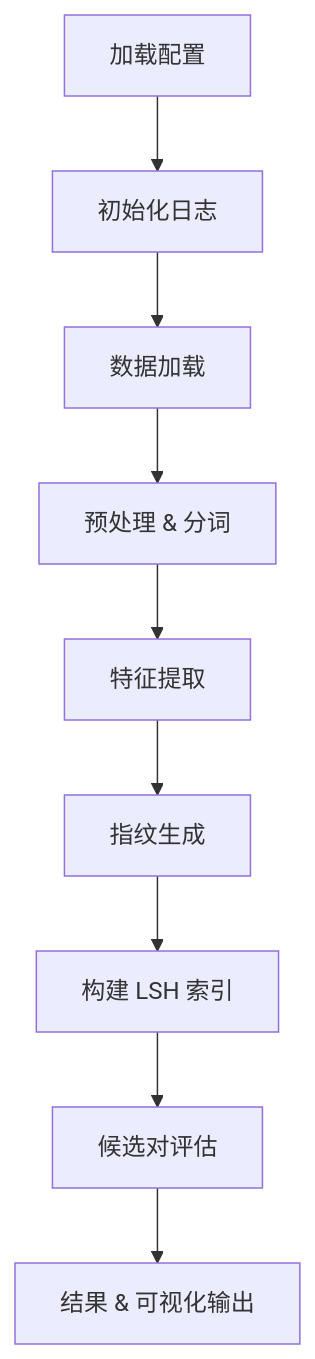
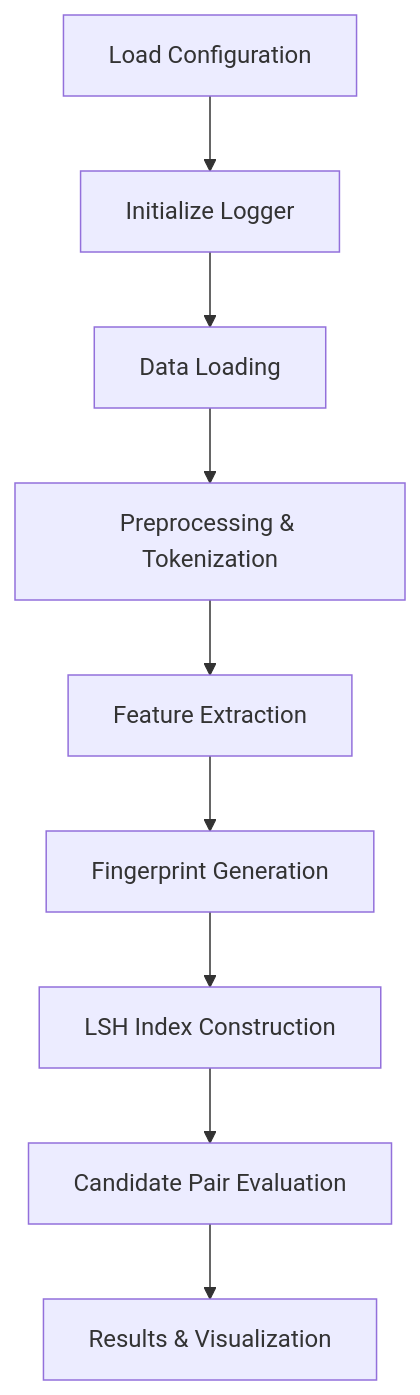
One commit to AdAstraAbyssoque/HLSH changed the diagram in README.md. Above: the diagram before and after it, drawn with Mermaid. The commit also changed other lines of this file and 12 other files, not shown here.

````diff
--- a/README.md
+++ b/README.md
@@ -132,11 +149,11 @@
 ```mermaid
 flowchart TD
-    A[加载配置] --> B[初始化日志]
-    B --> C[数据加载]
-    C --> D[预处理 & 分词]
-    D --> E[特征提取]
-    E --> F[指纹生成]
-    F --> G[构建 LSH 索引]
-    G --> H[候选对评估]
-    H --> I[结果 & 可视化输出]
+    A[Load Configuration] --> B[Initialize Logger]
+    B --> C[Data Loading]
+    C --> D[Preprocessing & Tokenization]
+    D --> E[Feature Extraction]
+    E --> F[Fingerprint Generation]
+    F --> G[LSH Index Construction]
+    G --> H[Candidate Pair Evaluation]
+    H --> I[Results & Visualization]
 ```
````
